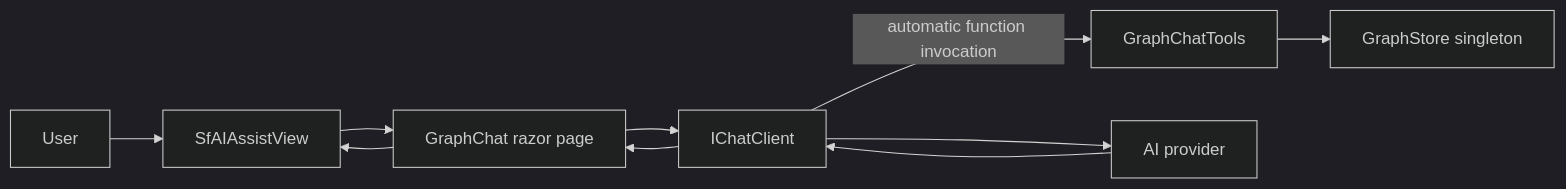
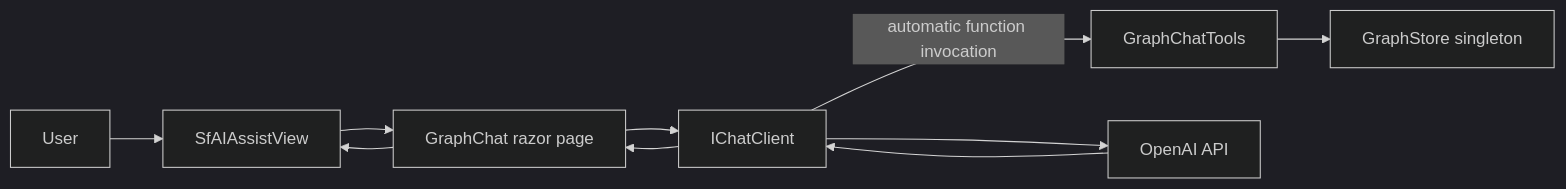
Before and after one commit to ADefWebserver/Syncfusion-Lightweight-Knowledge-Graphs-Succinctly: the first of 3 diagrams in docs/03-graph-chat.md, drawn with Mermaid (dark theme). The commit also changed other lines of this file and 4 other files, not shown here.

````diff
--- a/docs/03-graph-chat.md
+++ b/docs/03-graph-chat.md
@@ -25,20 +25,20 @@
 ```mermaid
 flowchart LR
     User[User]
     Page[GraphChat razor page]
     Assist[SfAIAssistView]
     Client[IChatClient]
     Tools[GraphChatTools]
     Store[GraphStore singleton]
-    Provider[AI provider]
+    OpenAI[OpenAI API]
 
     User --> Assist
     Assist --> Page
     Page --> Client
     Client -->|automatic function invocation| Tools
     Tools --> Store
-    Client --> Provider
-    Provider --> Client
+    Client --> OpenAI
+    OpenAI --> Client
     Client --> Page
     Page --> Assist
 ```
````
